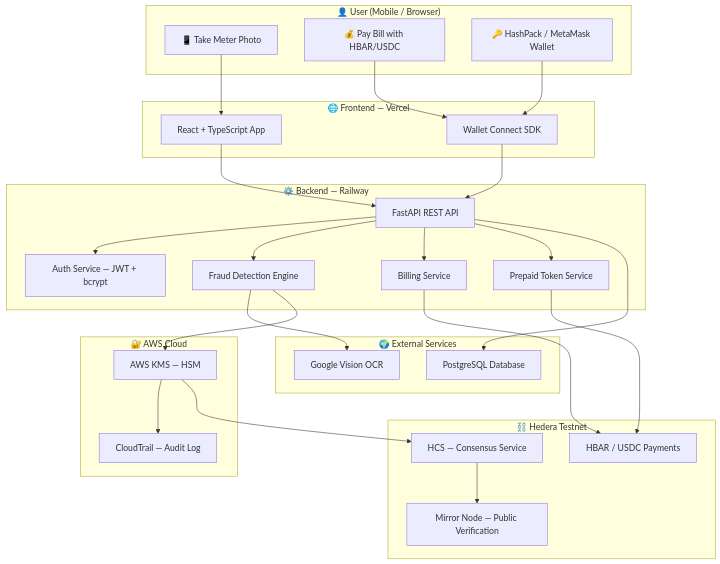
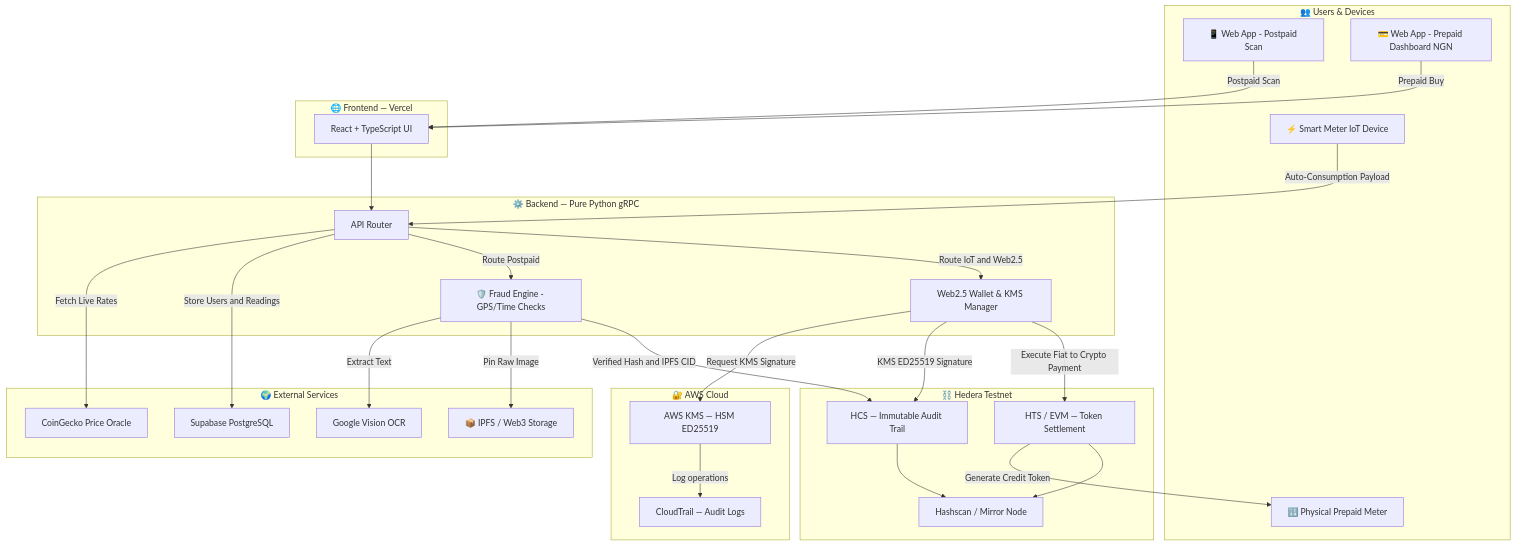
One commit to De-real-iManuel/Hedera-Flow changed the first of 9 diagrams in docs/ARCHITECTURE.md. Above: the diagram before and after it, drawn with Mermaid. The commit also changed other lines of this file, not shown here.

Commit message:
Revise system architecture and verification flows
Updated architecture documentation to reflect changes in system components and flows, including new smart meter and AWS KMS verification details.

````diff
--- a/docs/ARCHITECTURE.md
+++ b/docs/ARCHITECTURE.md
@@ -11,55 +11,71 @@
 ```mermaid
 graph TB
-    subgraph USER["👤 User (Mobile / Browser)"]
-        A[📱 Take Meter Photo]
-        B[💰 Pay Bill with HBAR/USDC]
-        C[🔑 HashPack / MetaMask Wallet]
+    subgraph CLIENTS["👥 Users & Devices"]
+        A[📱 Web App - Postpaid Scan]
+        B[💳 Web App - Prepaid Dashboard NGN]
+        PM[🔢 Physical Prepaid Meter]
+        IoT[⚡ Smart Meter IoT Device]
     end
 
     subgraph FRONTEND["🌐 Frontend — Vercel"]
-        D[React + TypeScript App]
-        E[Wallet Connect SDK]
+        D[React + TypeScript UI]
     end
 
-    subgraph BACKEND["⚙️ Backend — Railway"]
-        F[FastAPI REST API]
-        G[Auth Service — JWT + bcrypt]
-        H[Fraud Detection Engine]
-        I[Billing Service]
-        J[Prepaid Token Service]
+    subgraph BACKEND["⚙️ Backend — Pure Python gRPC"]
+        F[API Router]
+        H[🛡️ Fraud Engine - GPS/Time Checks]
+        W[Web2.5 Wallet & KMS Manager]
     end
 
     subgraph AWS["🔐 AWS Cloud"]
-        K[AWS KMS — HSM]
-        L[CloudTrail — Audit Log]
-    end
-
-    subgraph HEDERA["⛓️ Hedera Testnet"]
-        M[HCS — Consensus Service]
-        N[HBAR / USDC Payments]
-        O[Mirror Node — Public Verification]
+        K[AWS KMS — HSM ED25519]
+        L[CloudTrail — Audit Logs]
     end
 
     subgraph EXTERNAL["🌍 External Services"]
         P[Google Vision OCR]
-        Q[PostgreSQL Database]
+        Q[Supabase PostgreSQL]
+        R[📦 IPFS / Web3 Storage]
+        S[CoinGecko Price Oracle]
     end
 
-    A --> D
-    B --> E
-    C --> E
+    subgraph HEDERA["⛓️ Hedera Testnet"]
+        M[HCS — Immutable Audit Trail]
+        N[HTS / EVM — Token Settlement]
+        O[Hashscan / Mirror Node]
+    end
+
+    %% Client Connections
+    A -->|Postpaid Scan| D
+    B -->|Prepaid Buy| D
+    IoT -->|Auto-Consumption Payload| F
+
     D --> F
-    E --> F
-    F --> G
-    F --> H
-    F --> I
-    F --> J
-    H --> P
-    H --> K
-    K --> L
-    K --> M
-    I --> N
-    J --> N
-    F --> Q
+
+    %% Backend Routing
+    F -->|Fetch Live Rates| S
+    F -->|Store Users and Readings| Q
+    F -->|Route Postpaid| H
+    
+    %% Postpaid/Legacy Flow
+    H -->|Extract Text| P
+    H -->|Pin Raw Image| R
+    H -->|Verified Hash and IPFS CID| M
+
+    %% KMS / Smart Meter / Web2.5 Flow
+    F -->|Route IoT and Web2.5| W
+    W -->|Request KMS Signature| K
+    K -->|Log operations| L
+    W -->|KMS ED25519 Signature| M
+    
+    %% Prepaid Flow
+    W -->|Execute Fiat to Crypto Payment| N
+    N -->|Generate Credit Token| PM
+
+    %% Public Verification
     M --> O
+    N --> O
+
+
+
 ```
````
